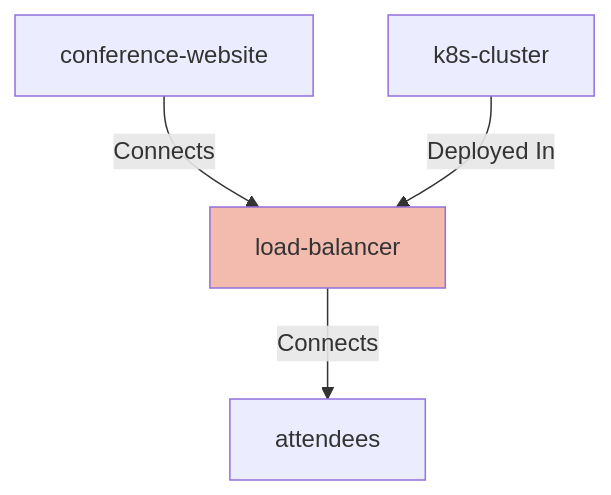
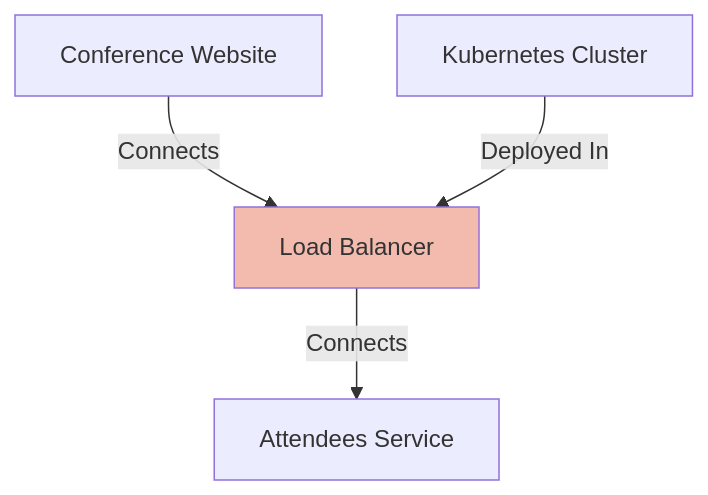
The first of 3 diagrams in calm-widgets/README.md (finos/architecture-as-code), drawn with Mermaid before and after one commit. The commit also changed other lines of this file and 61 other files, not shown here.

First line of the commit message:
fix(calm-widgets): resolve node names instead of raw ids in related-nodes diagrams

````diff
--- a/calm-widgets/README.md
+++ b/calm-widgets/README.md
@@ -140,8 +141,8 @@
 ```mermaid
 graph TD;
-load-balancer[load-balancer]:::highlight;
-conference-website -- Connects --> load-balancer;
-load-balancer -- Connects --> attendees;
-k8s-cluster -- Deployed In --> load-balancer;
+load-balancer[Load Balancer]:::highlight;
+conference-website[Conference Website] -- Connects --> load-balancer[Load Balancer];
+load-balancer[Load Balancer] -- Connects --> attendees[Attendees Service];
+k8s-cluster[Kubernetes Cluster] -- Deployed In --> load-balancer[Load Balancer];
 classDef highlight fill:#f2bbae;
 ```
````
